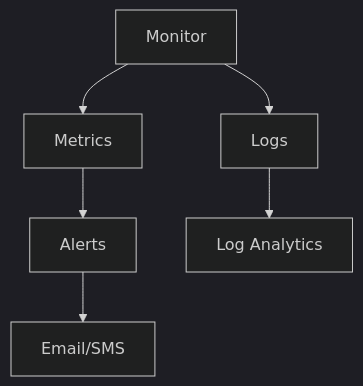
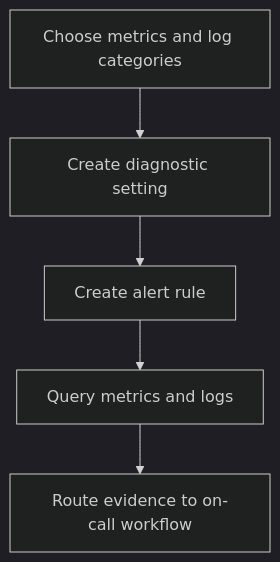
The diagram in docs/operations/monitoring-and-alerting.md (yeongseon/azure-storage-practical-guide), drawn with Mermaid (dark theme) before and after one commit. The commit also changed other lines of this file and 10 other files, not shown here.

````diff
--- a/docs/operations/monitoring-and-alerting.md
+++ b/docs/operations/monitoring-and-alerting.md
@@ -37,8 +46,7 @@
 ```mermaid
-graph TD
-    A[Monitor] --> B[Metrics]
-    B --> C[Alerts]
-    C --> D[Email/SMS]
-    A --> E[Logs]
-    E --> F[Log Analytics]
+flowchart TD
+    A[Choose metrics and log categories] --> B[Create diagnostic setting]
+    B --> C[Create alert rule]
+    C --> D[Query metrics and logs]
+    D --> E[Route evidence to on-call workflow]
 ```
````
